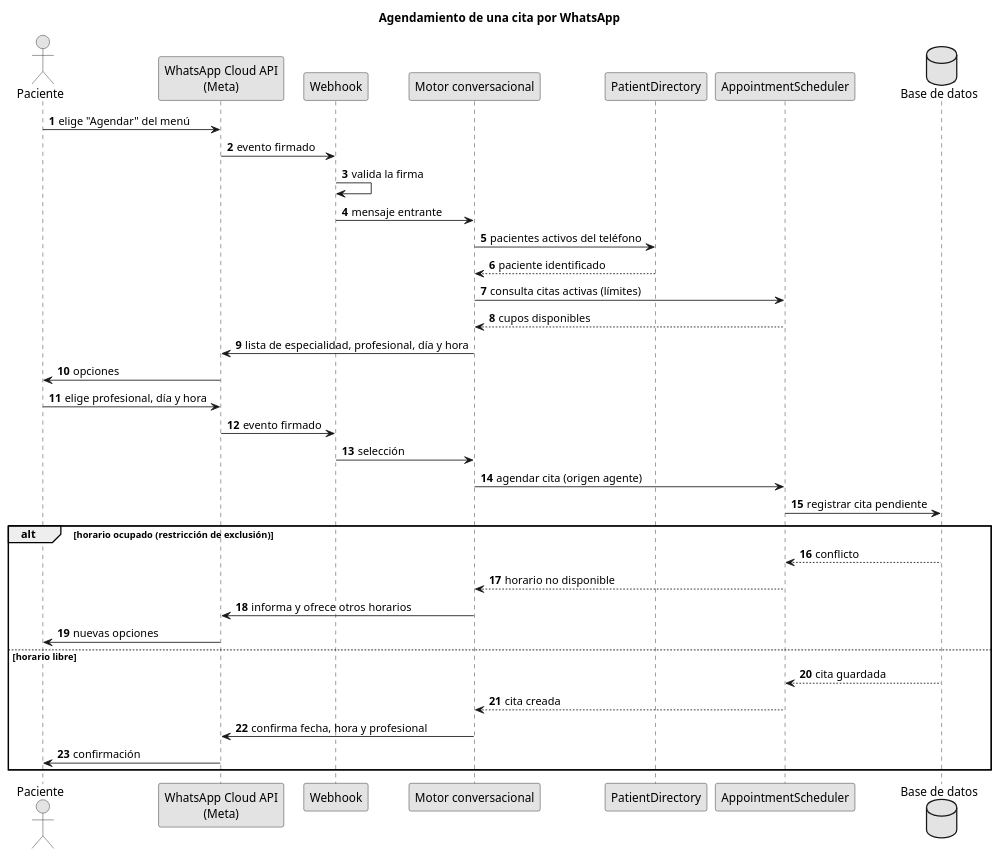
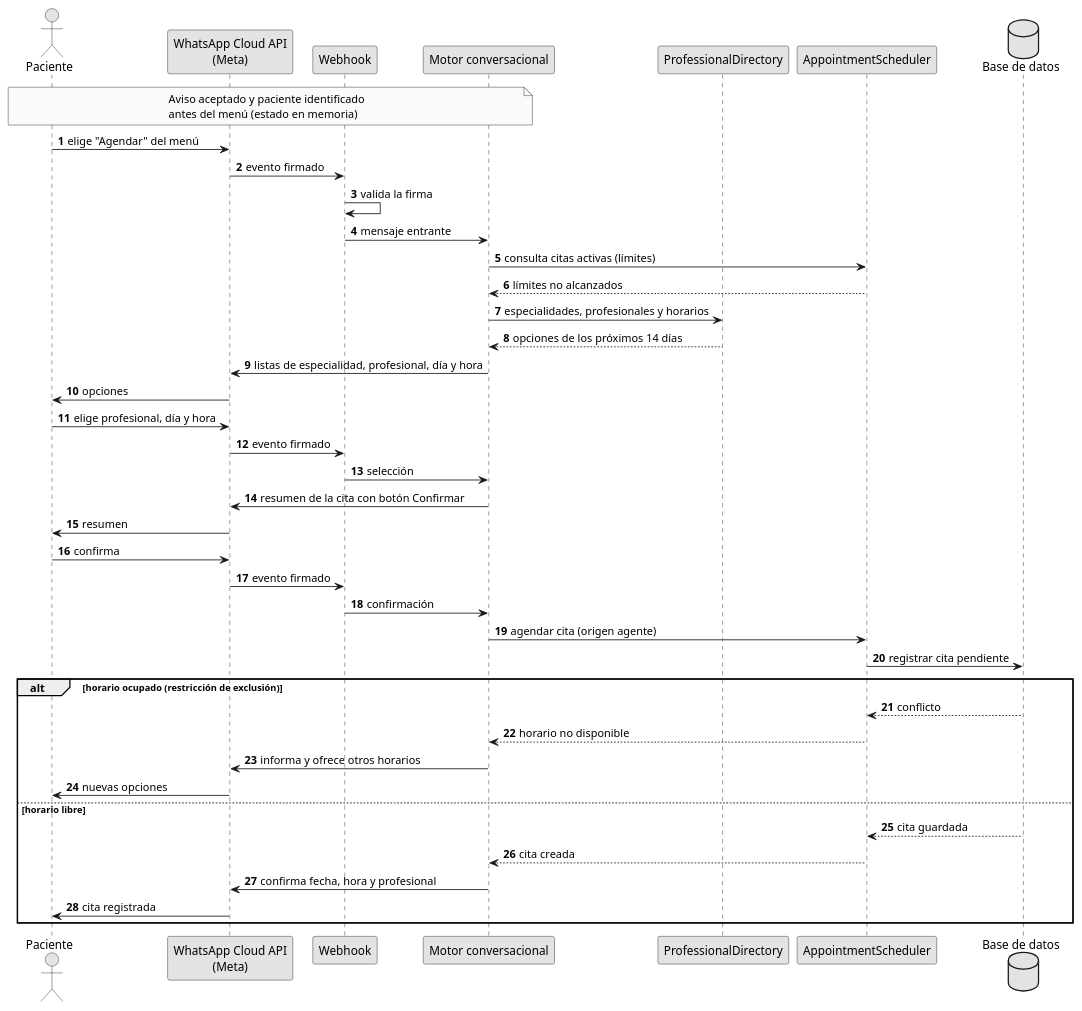
Before and after one commit to JaviFiallos/bachelor-latex-thesis: the diagram in diagramas/plantuml/secuencia_agendar.puml, drawn with PlantUML. The commit also changed 31 other files, not shown here.

```diff
--- a/diagramas/plantuml/secuencia_agendar.puml
+++ b/diagramas/plantuml/secuencia_agendar.puml
@@ -1,43 +1,52 @@
 @startuml secuencia_agendar
-title Agendamiento de una cita por WhatsApp
 
 skinparam monochrome true
 skinparam shadowing false
 skinparam defaultFontName Arial
 autonumber
 
 actor "Paciente" as Paciente
 participant "WhatsApp Cloud API\n(Meta)" as Meta
 participant "Webhook" as Webhook
 participant "Motor conversacional" as Motor
-participant "PatientDirectory" as Pacientes
+participant "ProfessionalDirectory" as Profesionales
 participant "AppointmentScheduler" as Agenda
 database "Base de datos" as BD
+
+note over Paciente, Motor
+  Aviso aceptado y paciente identificado
+  antes del menú (estado en memoria)
+end note
 
 Paciente -> Meta : elige "Agendar" del menú
 Meta -> Webhook : evento firmado
 Webhook -> Webhook : valida la firma
 Webhook -> Motor : mensaje entrante
-Motor -> Pacientes : pacientes activos del teléfono
-Pacientes --> Motor : paciente identificado
 Motor -> Agenda : consulta citas activas (límites)
-Agenda --> Motor : cupos disponibles
-Motor -> Meta : lista de especialidad, profesional, día y hora
+Agenda --> Motor : límites no alcanzados
+Motor -> Profesionales : especialidades, profesionales y horarios
+Profesionales --> Motor : opciones de los próximos 14 días
+Motor -> Meta : listas de especialidad, profesional, día y hora
 Meta -> Paciente : opciones
 Paciente -> Meta : elige profesional, día y hora
 Meta -> Webhook : evento firmado
 Webhook -> Motor : selección
+Motor -> Meta : resumen de la cita con botón Confirmar
+Meta -> Paciente : resumen
+Paciente -> Meta : confirma
+Meta -> Webhook : evento firmado
+Webhook -> Motor : confirmación
 Motor -> Agenda : agendar cita (origen agente)
 Agenda -> BD : registrar cita pendiente
 alt horario ocupado (restricción de exclusión)
   BD --> Agenda : conflicto
   Agenda --> Motor : horario no disponible
   Motor -> Meta : informa y ofrece otros horarios
   Meta -> Paciente : nuevas opciones
 else horario libre
   BD --> Agenda : cita guardada
   Agenda --> Motor : cita creada
   Motor -> Meta : confirma fecha, hora y profesional
-  Meta -> Paciente : confirmación
+  Meta -> Paciente : cita registrada
 end
 @enduml
```
